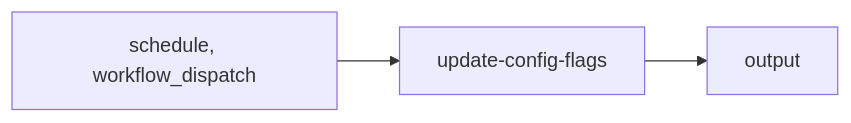
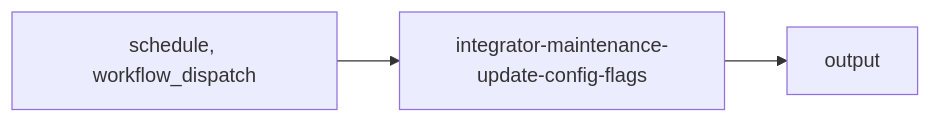
One commit to livepeer/docs changed the diagram in .github/workspace/actions-library/integrators/maintenance/integrator-maintenance-update-config-flags.mdx. Above: the diagram before and after it, drawn with Mermaid. The commit also changed other lines of this file and 2753 other files, not shown here.

````diff
--- a/.github/workspace/actions-library/integrators/maintenance/integrator-maintenance-update-config-flags.mdx
+++ b/.github/workspace/actions-library/integrators/maintenance/integrator-maintenance-update-config-flags.mdx
@@ -43,5 +43,5 @@
 ```mermaid
 graph LR
-    TRIGGER["schedule, workflow_dispatch"] --> WF["update-config-flags"]
+    TRIGGER["schedule, workflow_dispatch"] --> WF["integrator-maintenance-update-config-flags"]
     WF --> OUTPUT["output"]
 ```
````
